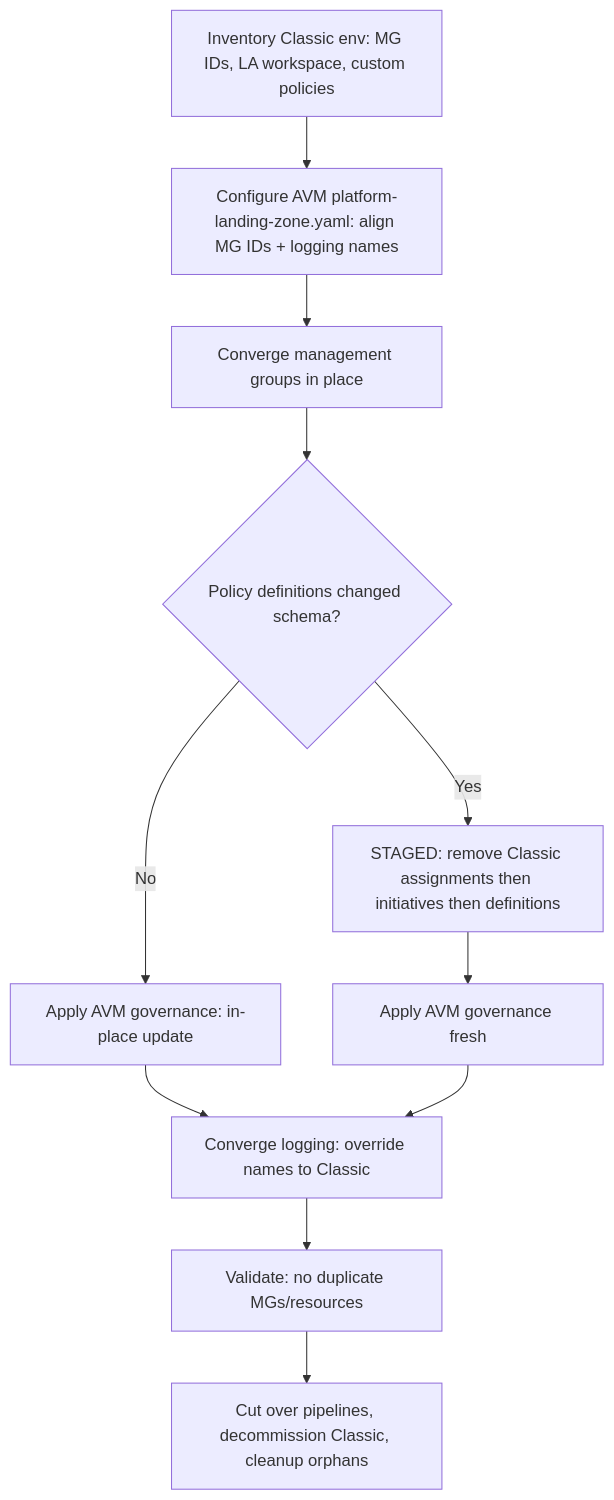
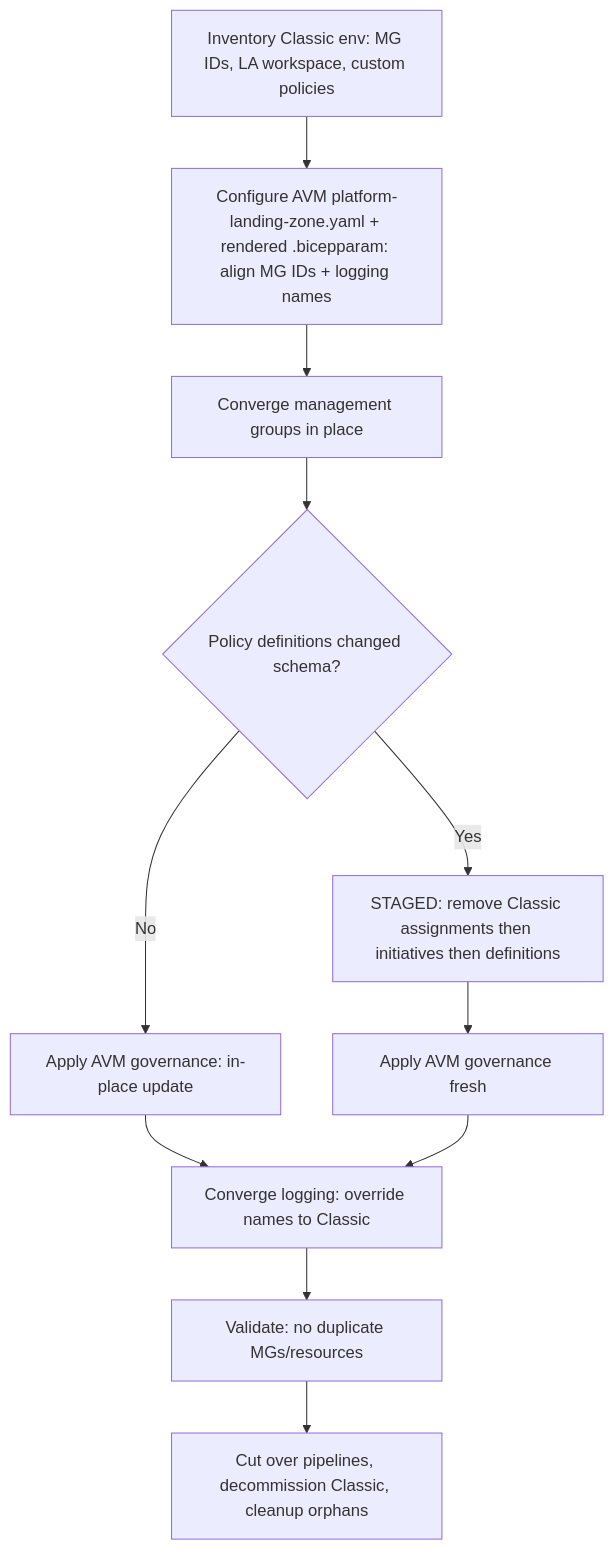
The diagram in docs/content/bicep/migration/_index.md (Azure/Azure-Landing-Zones), drawn with Mermaid before and after one commit. The commit also changed other lines of this file, not shown here.

````diff
--- a/docs/content/bicep/migration/_index.md
+++ b/docs/content/bicep/migration/_index.md
@@ -63,13 +88,13 @@
 ```mermaid
 flowchart TD
-    A[Inventory Classic env: MG IDs, LA workspace, custom policies] --> B[Configure AVM platform-landing-zone.yaml: align MG IDs + logging names]
+    A[Inventory Classic env: MG IDs, LA workspace, custom policies] --> B[Configure AVM platform-landing-zone.yaml + rendered .bicepparam: align MG IDs + logging names]
     B --> C[Converge management groups in place]
     C --> D{Policy definitions changed schema?}
     D -- No --> E[Apply AVM governance: in-place update]
     D -- Yes --> F[STAGED: remove Classic assignments then initiatives then definitions]
     F --> G[Apply AVM governance fresh]
     E --> H[Converge logging: override names to Classic]
     G --> H
     H --> I[Validate: no duplicate MGs/resources]
     I --> J[Cut over pipelines, decommission Classic, cleanup orphans]
 ```
````
